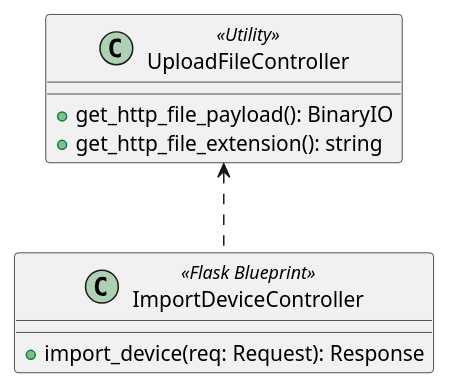
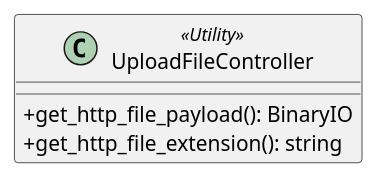
Before and after one commit to GroupRubberDuck/Documentazione: the diagram in src/PB/DocumentazioneEsterna/Specifica_Tecnica/content/uml/puml/Diagrammi_classi/Backend/InboundAdapters/ImportDeviceController.puml, drawn with PlantUML. The commit also changed 122 other files, not shown here.

```diff
--- a/src/PB/DocumentazioneEsterna/Specifica_Tecnica/content/uml/puml/Diagrammi_classi/Backend/InboundAdapters/ImportDeviceController.puml
+++ b/src/PB/DocumentazioneEsterna/Specifica_Tecnica/content/uml/puml/Diagrammi_classi/Backend/InboundAdapters/ImportDeviceController.puml
@@ -1,14 +1,11 @@
-@startuml ImportDeviceController
-
-class ImportDeviceController <<Flask Blueprint>> {
-    + import_device(req: Request): Response
-}
+@startuml UploadFileController
+skinparam classAttributeIconSize 0
 
 class UploadFileController <<Utility>> {
     + get_http_file_payload(): BinaryIO
     + get_http_file_extension(): string
 }
 
-ImportDeviceController .up.> UploadFileController
+
 
 @enduml
```
